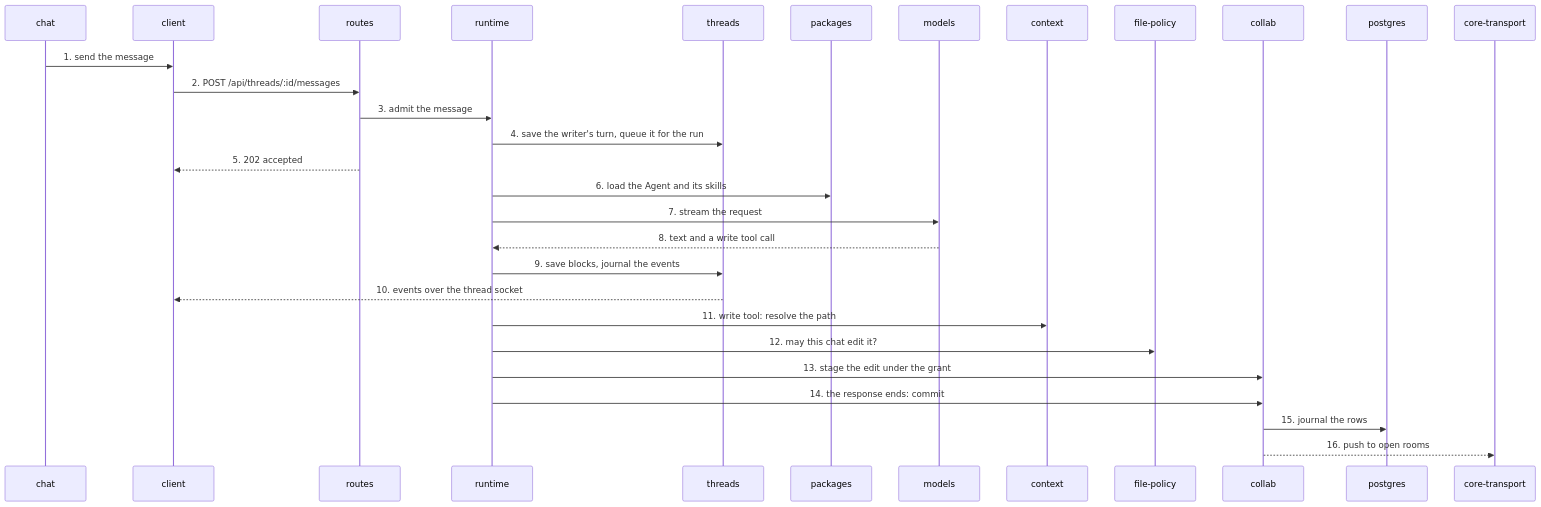
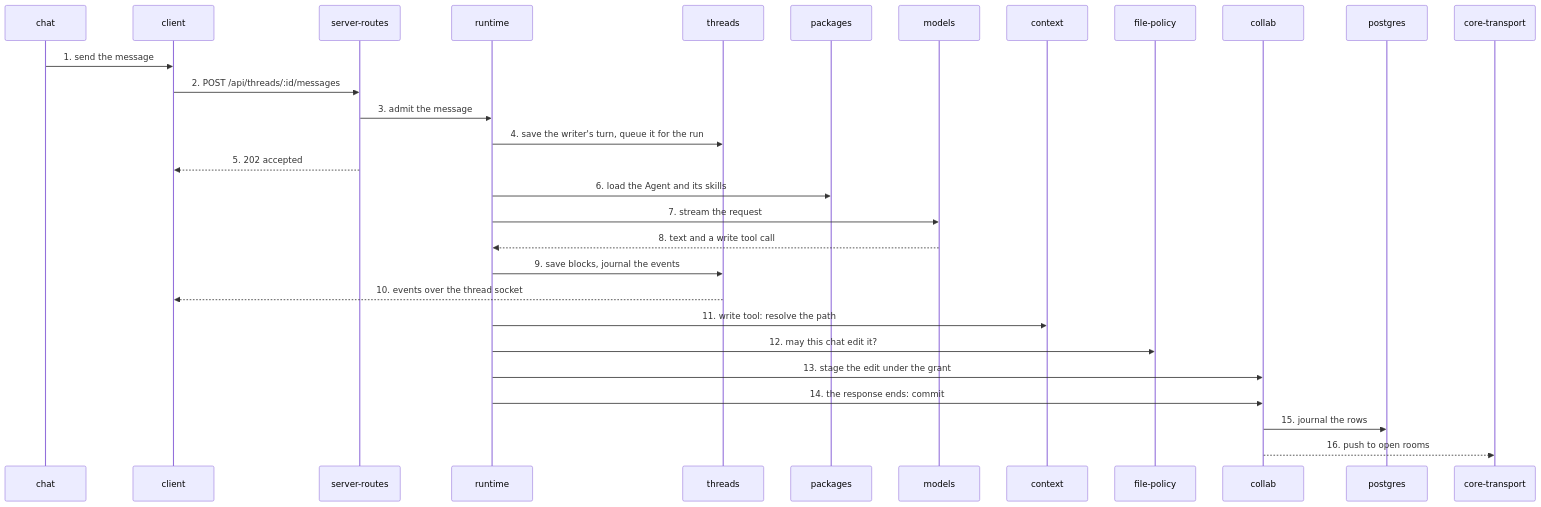
Before and after one commit to haowjy/meridian-flow: the diagram in .context/system-architecture/flows/message-becomes-edit.md, drawn with Mermaid. The commit also changed 14 other files, not shown here.

First line of the commit message:
check:architecture: rows equal breaks one to one; value imports only; groups take no Paths

````diff
--- a/.context/system-architecture/flows/message-becomes-edit.md
+++ b/.context/system-architecture/flows/message-becomes-edit.md
@@ -7,31 +7,31 @@
 ```mermaid
 sequenceDiagram
   participant chat
   participant client
-  participant routes
+  participant server-routes
   participant runtime
   participant threads
   participant packages
   participant models
   participant context
   participant file-policy
   participant collab
   participant postgres
   participant core-transport
   chat->>client: 1. send the message
-  client->>routes: 2. POST /api/threads/:id/messages
-  routes->>runtime: 3. admit the message
+  client->>server-routes: 2. POST /api/threads/:id/messages
+  server-routes->>runtime: 3. admit the message
   runtime->>threads: 4. save the writer's turn, queue it for the run
-  routes-->>client: 5. 202 accepted
+  server-routes-->>client: 5. 202 accepted
   runtime->>packages: 6. load the Agent and its skills
   runtime->>models: 7. stream the request
   models-->>runtime: 8. text and a write tool call
   runtime->>threads: 9. save blocks, journal the events
   threads-->>client: 10. events over the thread socket
   runtime->>context: 11. write tool: resolve the path
   runtime->>file-policy: 12. may this chat edit it?
   runtime->>collab: 13. stage the edit under the grant
   runtime->>collab: 14. the response ends: commit
   collab->>postgres: 15. journal the rows
   collab-->>core-transport: 16. push to open rooms
 ```
````
